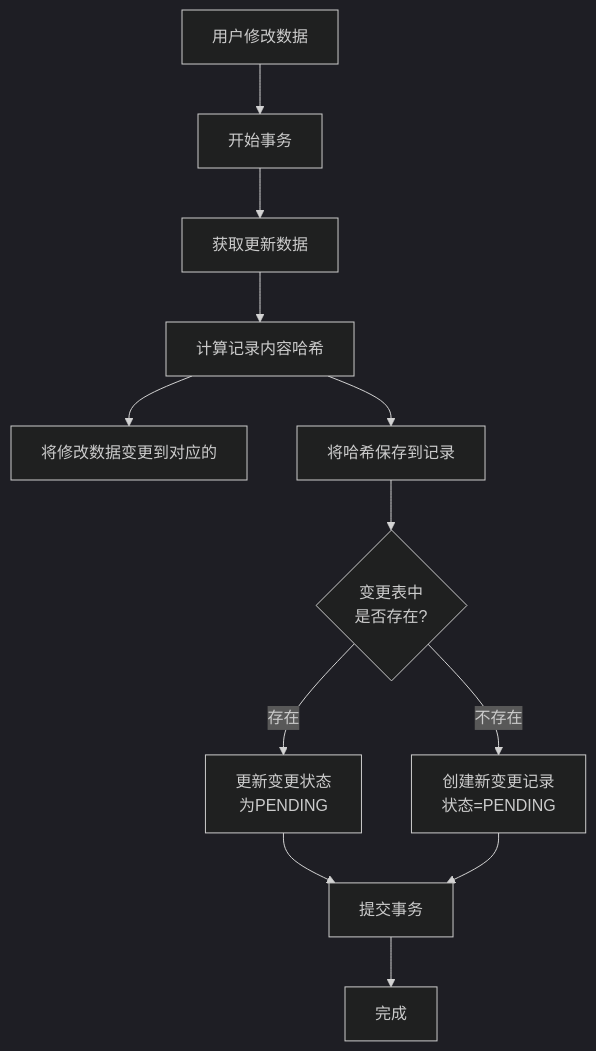
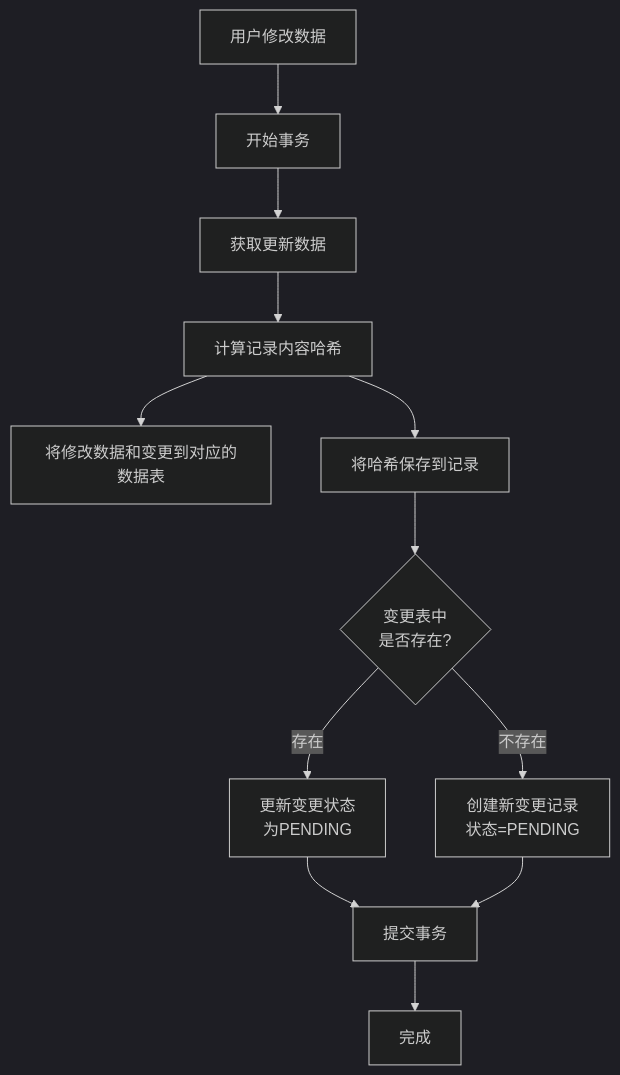
One commit to yingjianzh/iodraw-files changed the diagram in all/未命名-42.md. Above: the diagram before and after it, drawn with Mermaid (dark theme).

Commit message:
2025-04-24 15:27:46 update

````diff
--- a/all/未命名-42.md
+++ b/all/未命名-42.md
@@ -1,16 +1,16 @@
 ```mermaid
 flowchart TD
     Start[用户修改数据] --> StartTransaction[开始事务]
     StartTransaction --> UpdateRecord[获取更新数据]
     UpdateRecord --> ComputeHash[计算记录内容哈希]
-    ComputeHash --> C[将修改数据变更到对应的]
+    ComputeHash --> C[将修改数据和变更到对应的数据表]
     ComputeHash --> SaveHash[将哈希保存到记录]
     
     SaveHash --> CheckChangeExists{变更表中\n是否存在?}
     CheckChangeExists -- 存在 --> UpdateChange[更新变更状态\n为PENDING]
     CheckChangeExists -- 不存在 --> CreateChange[创建新变更记录\n状态=PENDING]
     
     UpdateChange --> CommitTransaction[提交事务]
     CreateChange --> CommitTransaction
     CommitTransaction --> End[完成]
 ```
````
